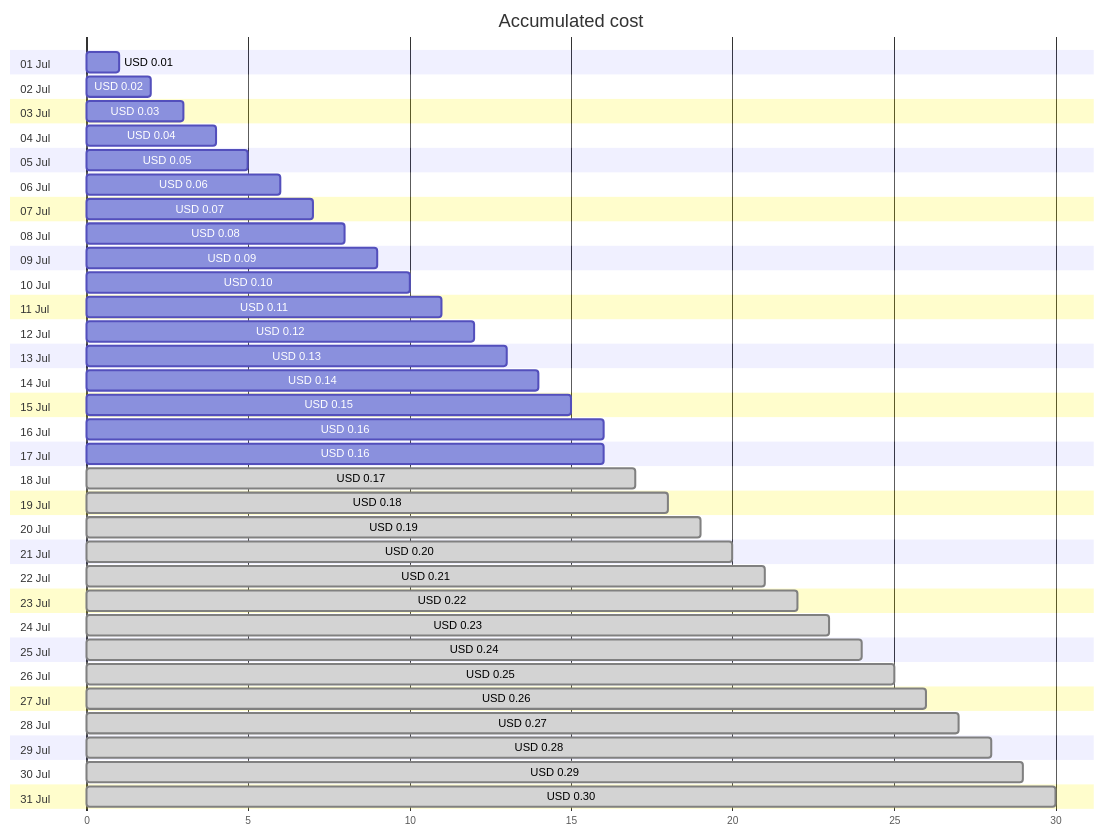
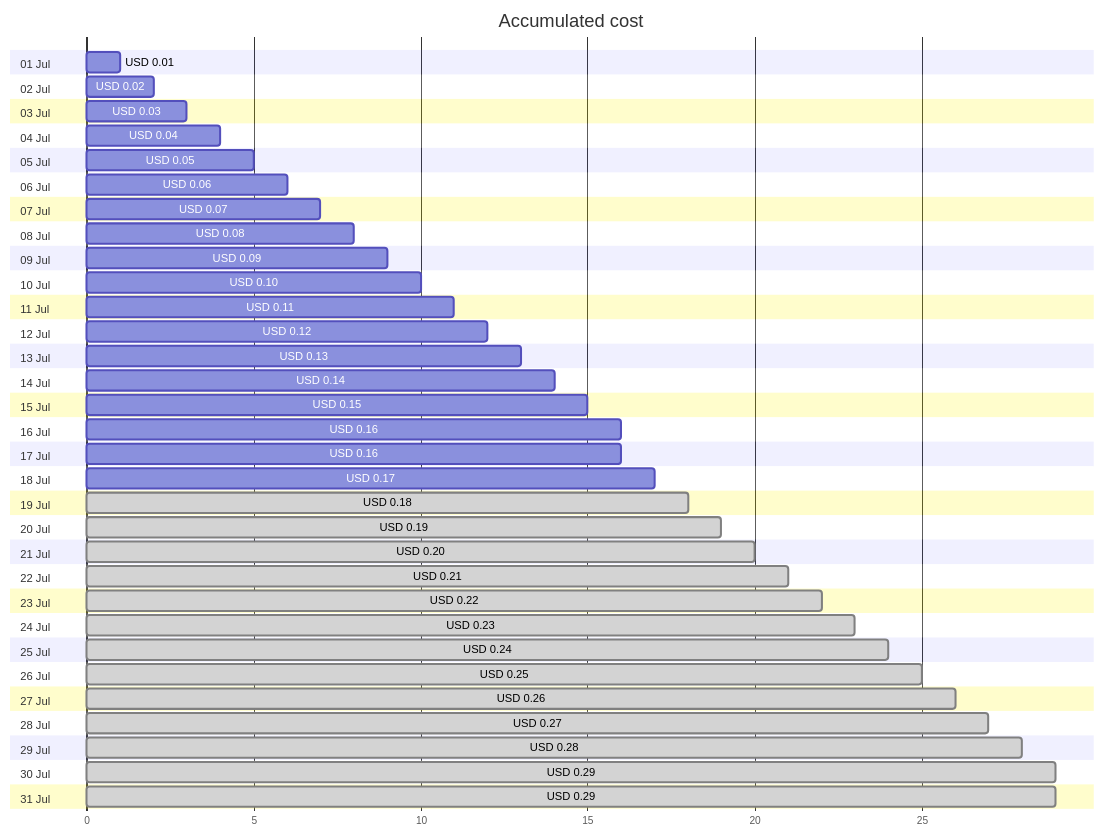
Before and after one commit to jpfulton/azure-personal-reports: the first of 4 diagrams in cost-reports/cloud-shell-storage-eastus/README.md, drawn with Mermaid. The commit also changed other lines of this file and 1 other file, not shown here.

````diff
--- a/cost-reports/cloud-shell-storage-eastus/README.md
+++ b/cost-reports/cloud-shell-storage-eastus/README.md
@@ -20,68 +20,68 @@
 ```mermaid
 gantt
    title Accumulated cost
    dateFormat  X
    axisFormat %s
    section 01 Jul
    USD 0.01 :0, 1
    section 02 Jul
    USD 0.02 :0, 2
    section 03 Jul
    USD 0.03 :0, 3
    section 04 Jul
    USD 0.04 :0, 4
    section 05 Jul
    USD 0.05 :0, 5
    section 06 Jul
    USD 0.06 :0, 6
    section 07 Jul
    USD 0.07 :0, 7
    section 08 Jul
    USD 0.08 :0, 8
    section 09 Jul
    USD 0.09 :0, 9
    section 10 Jul
    USD 0.10 :0, 10
    section 11 Jul
    USD 0.11 :0, 11
    section 12 Jul
    USD 0.12 :0, 12
    section 13 Jul
    USD 0.13 :0, 13
    section 14 Jul
    USD 0.14 :0, 14
    section 15 Jul
    USD 0.15 :0, 15
    section 16 Jul
    USD 0.16 :0, 16
    section 17 Jul
    USD 0.16 :0, 16
    section 18 Jul
-   USD 0.17 : done, 0, 17
+   USD 0.17 :0, 17
    section 19 Jul
    USD 0.18 : done, 0, 18
    section 20 Jul
    USD 0.19 : done, 0, 19
    section 21 Jul
    USD 0.20 : done, 0, 20
    section 22 Jul
    USD 0.21 : done, 0, 21
    section 23 Jul
    USD 0.22 : done, 0, 22
    section 24 Jul
    USD 0.23 : done, 0, 23
    section 25 Jul
    USD 0.24 : done, 0, 24
    section 26 Jul
    USD 0.25 : done, 0, 25
    section 27 Jul
    USD 0.26 : done, 0, 26
    section 28 Jul
    USD 0.27 : done, 0, 27
    section 29 Jul
    USD 0.28 : done, 0, 28
    section 30 Jul
    USD 0.29 : done, 0, 29
    section 31 Jul
-   USD 0.30 : done, 0, 30
+   USD 0.29 : done, 0, 29
 ```
````
